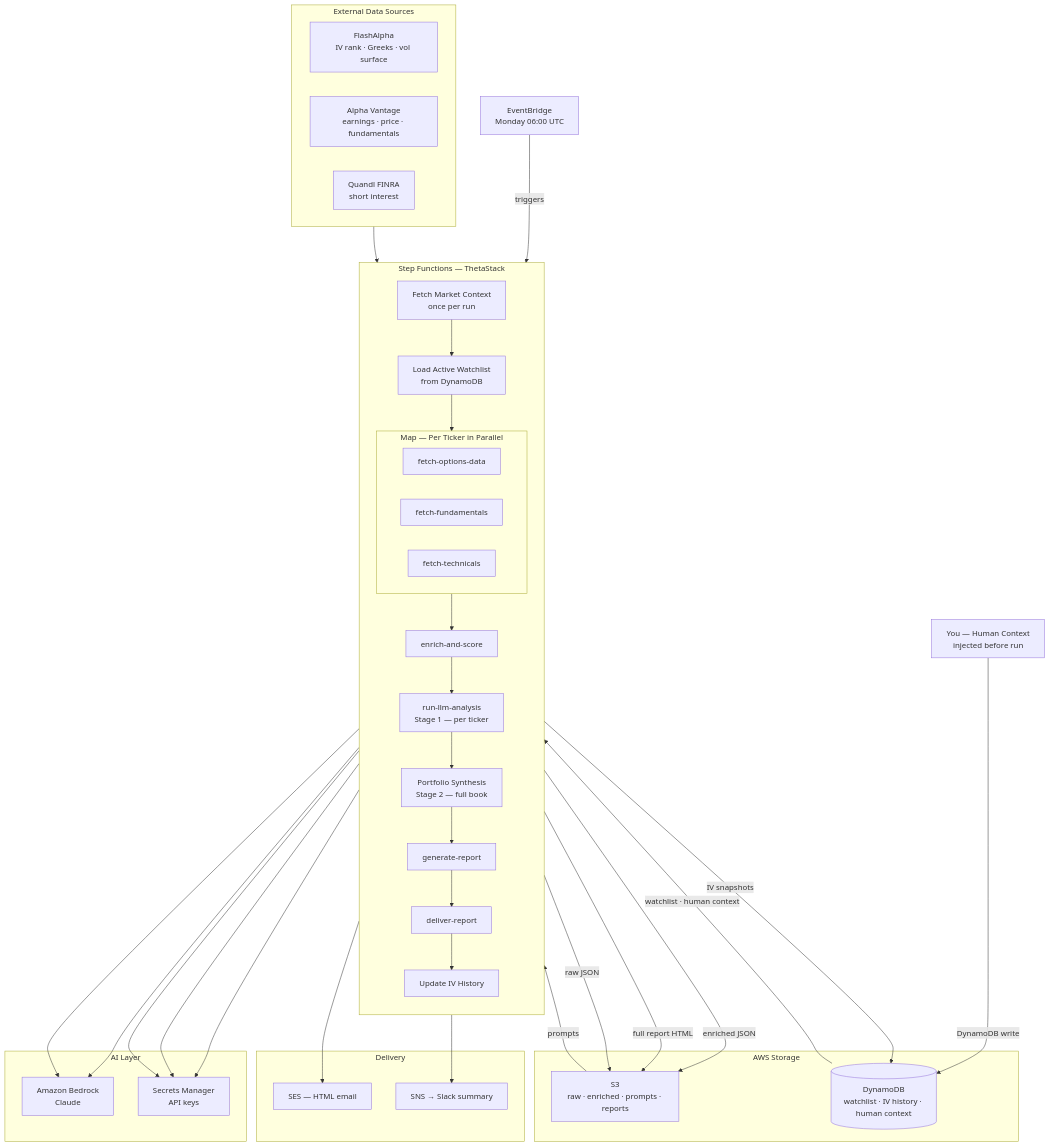
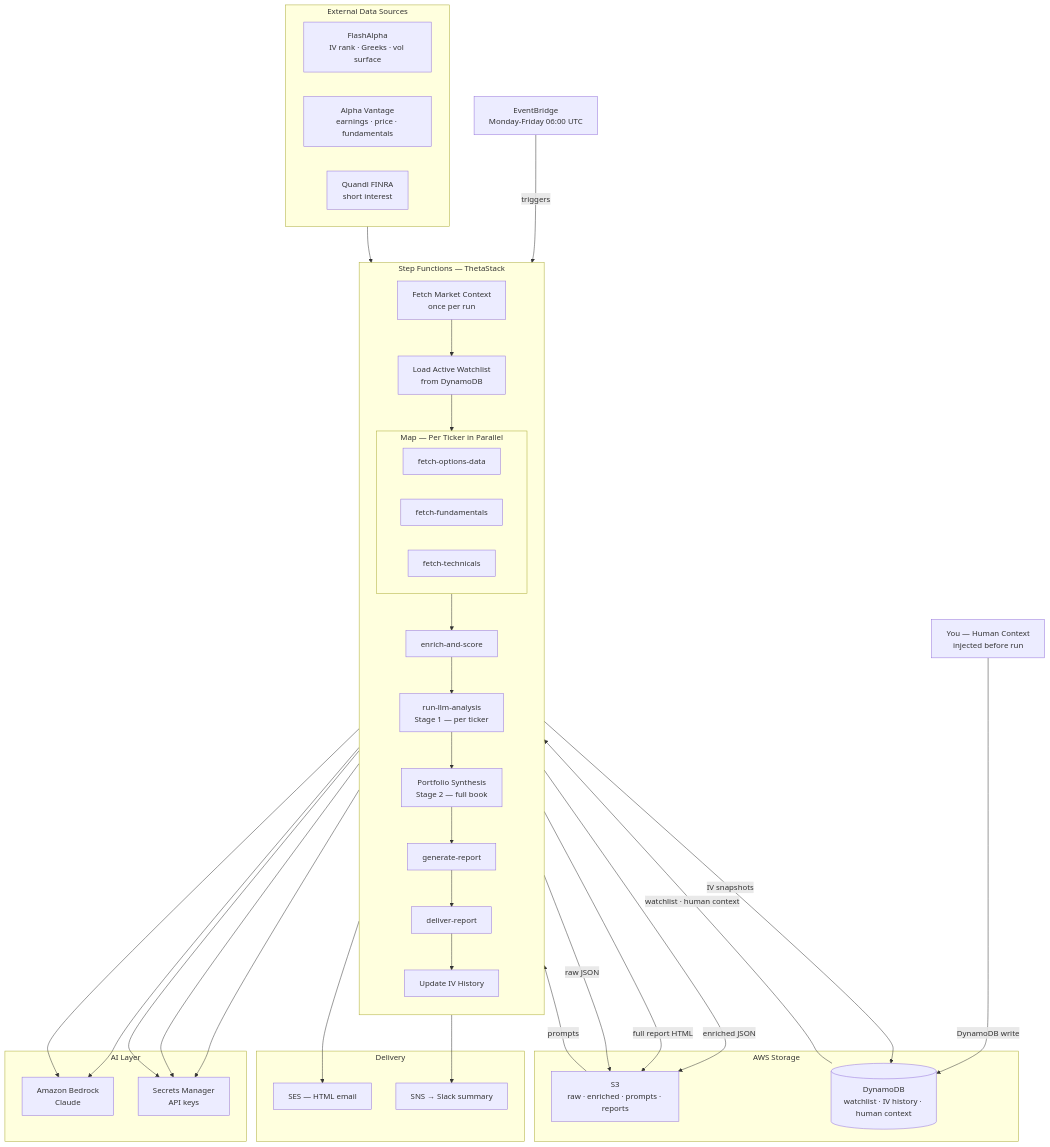
The first of 2 diagrams in PLAN.md (SamuelLawrence876/ai-options-advisor), drawn with Mermaid before and after one commit. The commit also changed other lines of this file and 4 other files, not shown here.

````diff
--- a/PLAN.md
+++ b/PLAN.md
@@ -13,59 +13,59 @@
 ```mermaid
 flowchart TD
-    EB[EventBridge\nMonday 06:00 UTC] -->|triggers| SF
+    EB[EventBridge\nMonday-Friday 06:00 UTC] -->|triggers| SF
 
     subgraph SF[Step Functions — ThetaStack]
         direction TB
         S1[Fetch Market Context\nonce per run] --> S2
         S2[Load Active Watchlist\nfrom DynamoDB] --> S3
 
         subgraph S3[Map — Per Ticker in Parallel]
             direction LR
             L1[fetch-options-data]
             L2[fetch-fundamentals]
             L3[fetch-technicals]
         end
 
         S3 --> S4[enrich-and-score]
         S4 --> S5[run-llm-analysis\nStage 1 — per ticker]
         S5 --> S6[Portfolio Synthesis\nStage 2 — full book]
         S6 --> S7[generate-report]
         S7 --> S8[deliver-report]
         S8 --> S9[Update IV History]
     end
 
     subgraph SOURCES[External Data Sources]
         FA[FlashAlpha\nIV rank · Greeks · vol surface]
         AV[Alpha Vantage\nearnings · price · fundamentals]
         QD[Quandl FINRA\nshort interest]
     end
 
     subgraph STORE[AWS Storage]
         S3B[S3\nraw · enriched · prompts · reports]
         DB[(DynamoDB\nwatchlist · IV history · human context)]
     end
 
     subgraph AI[AI Layer]
         BR[Amazon Bedrock\nClaude]
         SM[Secrets Manager\nAPI keys]
     end
 
     subgraph DELIVER[Delivery]
         SES[SES — HTML email]
         SNS[SNS → Slack summary]
     end
 
     SOURCES --> S3
     S3 -->|raw JSON| S3B
     S4 -->|enriched JSON| S3B
     S3B -->|prompts| S5
     DB -->|watchlist · human context| SF
     SF -->|IV snapshots| DB
     S5 & S6 --> BR
     L1 & L2 & L3 --> SM
     S7 -->|full report HTML| S3B
     S8 --> SES
     S8 --> SNS
 
     HI[You — Human Context\ninjected before run] -->|DynamoDB write| DB
 ```
````
